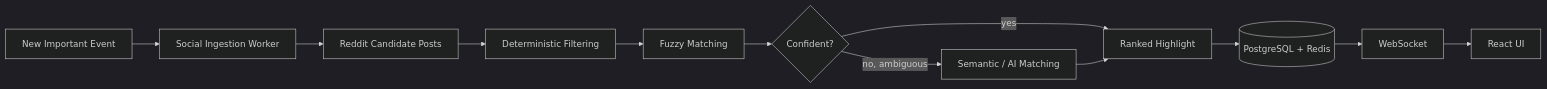
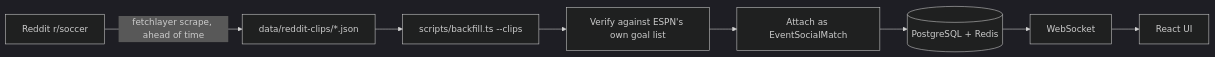
The third of 5 diagrams in README.md (02clarakim/matchthread), drawn with Mermaid (dark theme) before and after one commit. The commit also changed other lines of this file and 19 other files, not shown here.

````diff
--- a/README.md
+++ b/README.md
@@ -115,14 +111,10 @@
 ```mermaid
 flowchart LR
-    A[New Important Event] --> B[Social Ingestion Worker]
-    B --> C[Reddit Candidate Posts]
-    C --> D[Deterministic Filtering]
-    D --> E[Fuzzy Matching]
-    E --> F{Confident?}
-    F -- yes --> H[Ranked Highlight]
-    F -- no, ambiguous --> G[Semantic / AI Matching]
-    G --> H
-    H --> I[(PostgreSQL + Redis)]
-    I --> J[WebSocket]
-    J --> K[React UI]
+    A[Reddit r/soccer] -->|fetchlayer scrape, ahead of time| B["data/reddit-clips/*.json"]
+    B --> C["scripts/backfill.ts --clips"]
+    C --> D[Verify against ESPN's own goal list]
+    D --> E[Attach as EventSocialMatch]
+    E --> F[(PostgreSQL + Redis)]
+    F --> G[WebSocket]
+    G --> H[React UI]
 ```
````
